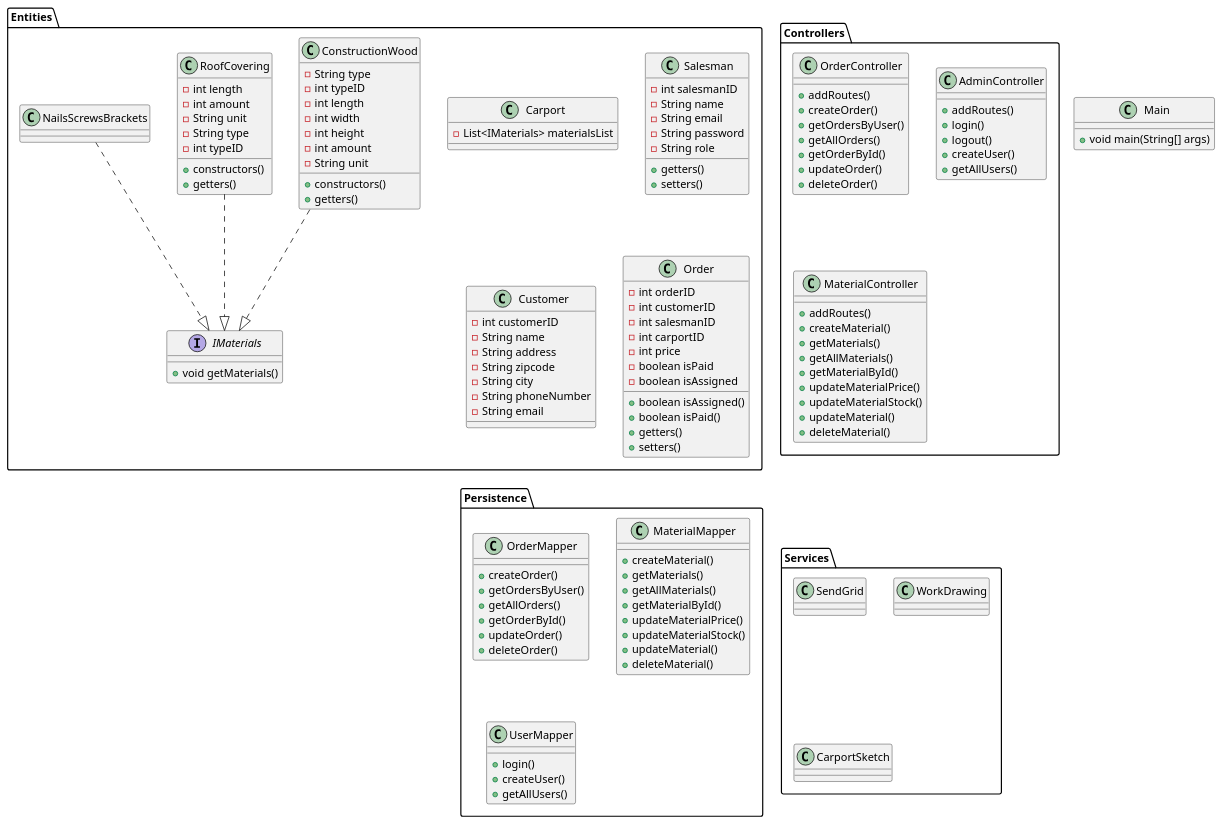
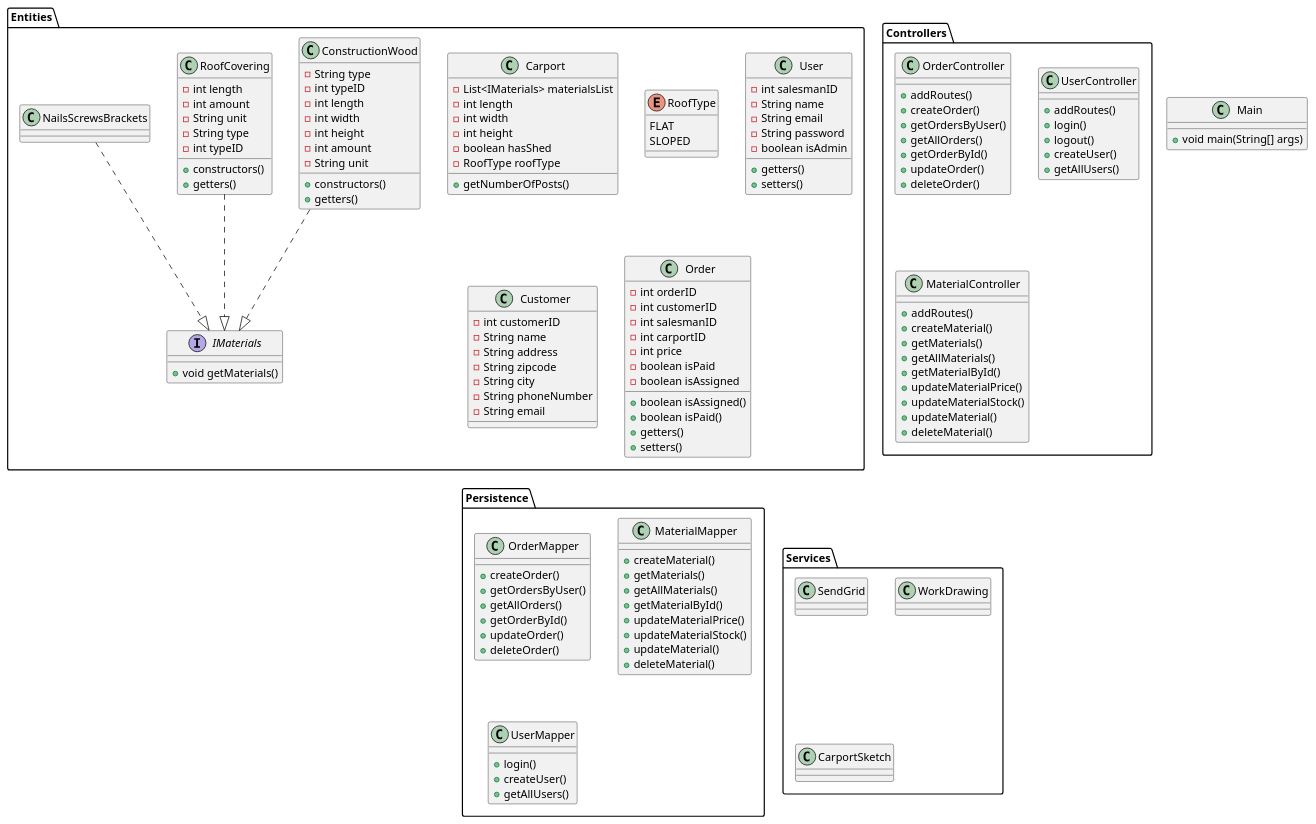
One commit to AndyTheDragon/Fog-projektet changed the diagram in docs/ClassDiagram.puml. Above: the diagram before and after it, drawn with PlantUML.

Commit message:
Updatede class diagram

```diff
--- a/docs/ClassDiagram.puml
+++ b/docs/ClassDiagram.puml
@@ -1,156 +1,167 @@
 @startuml
 'https://plantuml.com/class-diagram
 
 class Main
 {
     + void main(String[] args)
 }
 
 
 package "Entities" {
 interface IMaterials
 {
 + void getMaterials()
 }
 
 class Carport
 {
 - List<IMaterials> materialsList
+-int length
+-int width
+-int height
+-boolean hasShed
+-RoofType roofType
++ getNumberOfPosts()
+}
+enum RoofType
+{
+    FLAT
+    SLOPED
 }
 
-class Salesman
+class User
 {
 - int salesmanID
 - String name
 - String email
 - String password
-- String role
+- boolean isAdmin
 + getters()
 + setters()
 }
 class Customer
 {
 - int customerID
 - String name
 - String address
 - String zipcode
 - String city
 - String phoneNumber
 - String email
 
 }
 class Order
 {
 - int orderID
 - int customerID
 - int salesmanID
 - int carportID
 - int price
 - boolean isPaid
 - boolean isAssigned
 + boolean isAssigned()
 + boolean isPaid()
 + getters()
 + setters()
 }
 class ConstructionWood
 {
 - String type
 - int typeID
 - int length
 - int width
 - int height
 - int amount
 - String unit
 + constructors()
 + getters()
 }
 class RoofCovering
 {
 - int length
 - int amount
 - String unit
 - String type
 - int typeID
 + constructors()
 + getters()
-
 }
 class NailsScrewsBrackets
 {
+
 
 }
 }
 package "Controllers" {
     class OrderController
     {
     + addRoutes()
     + createOrder()
     + getOrdersByUser()
     + getAllOrders()
     + getOrderById()
     + updateOrder()
     + deleteOrder()
     }
-    class AdminController
+    class UserController
     {
     + addRoutes()
     + login()
     + logout()
     + createUser()
     + getAllUsers()
     }
     class MaterialController
     {
     + addRoutes()
     + createMaterial()
     + getMaterials()
     + getAllMaterials()
     + getMaterialById()
     + updateMaterialPrice()
     + updateMaterialStock()
     + updateMaterial()
     + deleteMaterial()
    }
 }
 package "Persistence" {
     class OrderMapper
     {
         + createOrder()
         + getOrdersByUser()
         + getAllOrders()
         + getOrderById()
         + updateOrder()
         + deleteOrder()
     }
     class MaterialMapper
     {
         + createMaterial()
         + getMaterials()
         + getAllMaterials()
         + getMaterialById()
         + updateMaterialPrice()
         + updateMaterialStock()
         + updateMaterial()
         + deleteMaterial()
     }
     class UserMapper
     {
         + login()
         + createUser()
         + getAllUsers()
     }
     }
 
 package "Services" {
 class SendGrid{}
 class WorkDrawing{}
 class CarportSketch{}
 }
 
 ConstructionWood ..|> IMaterials
 RoofCovering ..|> IMaterials
 NailsScrewsBrackets ..|> IMaterials
 
 
 @enduml
```
